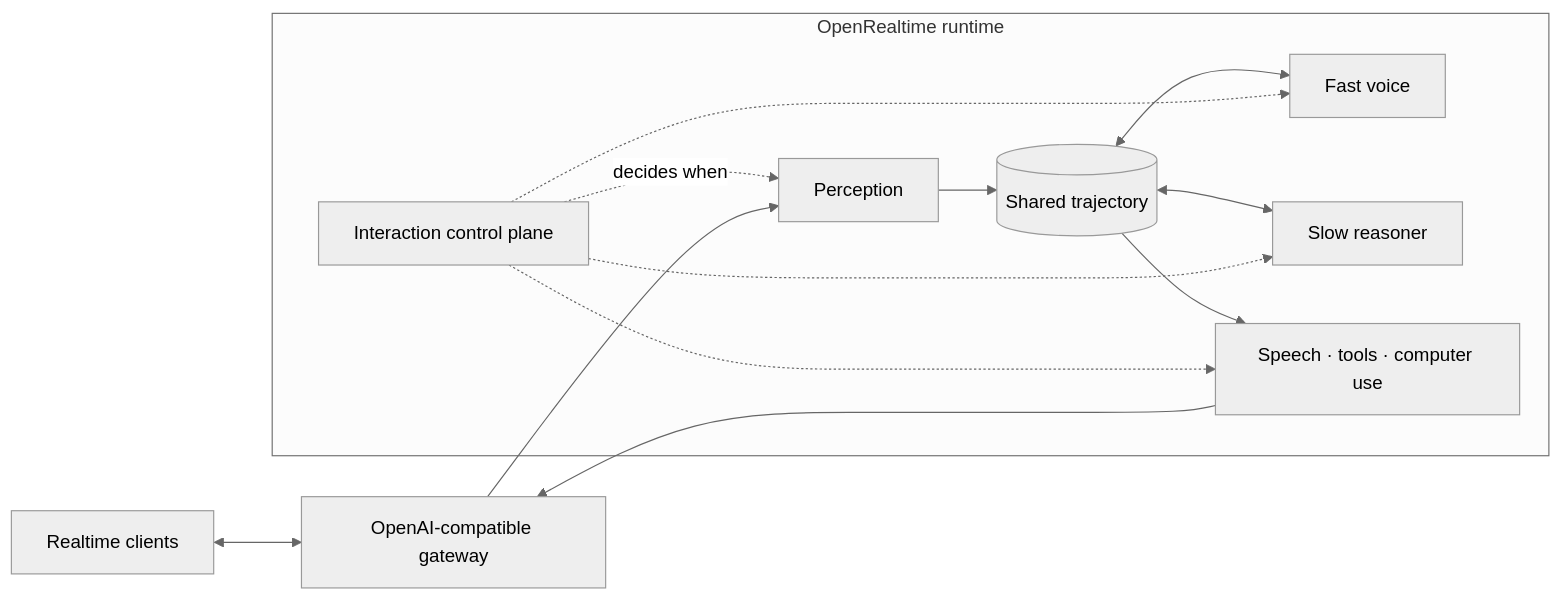
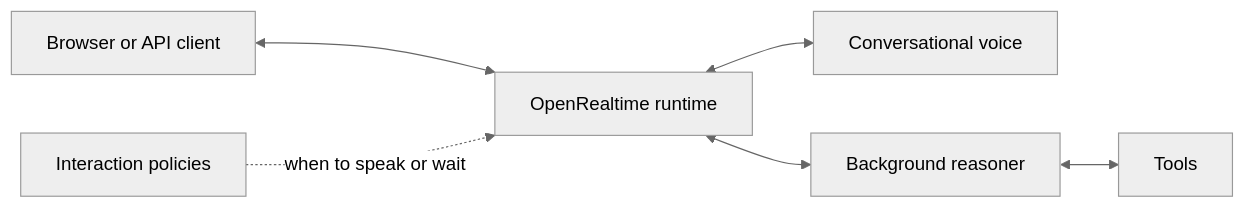
Before and after one commit to bojieli/OpenRealtime: the diagram in README.md, drawn with Mermaid (neutral theme). The commit also changed other lines of this file and 51 other files, not shown here.

````diff
--- a/README.md
+++ b/README.md
@@ -134,18 +104,8 @@
 ```mermaid
 flowchart LR
-    Client[Realtime clients] <--> Gateway[OpenAI-compatible gateway]
-
-    subgraph Runtime[OpenRealtime runtime]
-        Perception[Perception] --> Trajectory[(Shared trajectory)]
-        Trajectory <--> Fast[Fast voice]
-        Trajectory <--> Slow[Slow reasoner]
-        Trajectory --> Action[Speech · tools · computer use]
-        Interaction[Interaction control plane] -. decides when .-> Perception
-        Interaction -.-> Fast
-        Interaction -.-> Slow
-        Interaction -.-> Action
-    end
-
-    Gateway --> Perception
-    Action --> Gateway
+    Client[Browser or API client] <--> Runtime[OpenRealtime runtime]
+    Runtime <--> Voice[Conversational voice]
+    Runtime <--> Reasoner[Background reasoner]
+    Reasoner <--> Tools[Tools]
+    Policy[Interaction policies] -. when to speak or wait .-> Runtime
 ```
````
